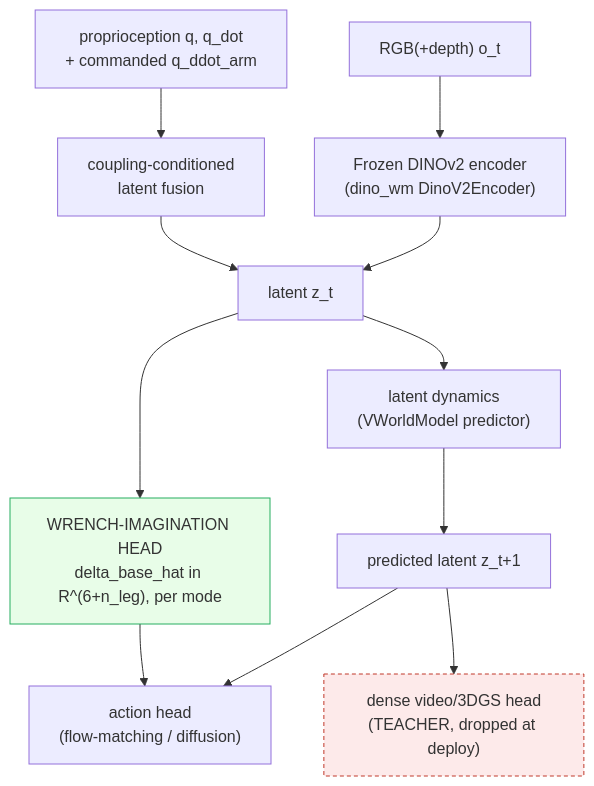
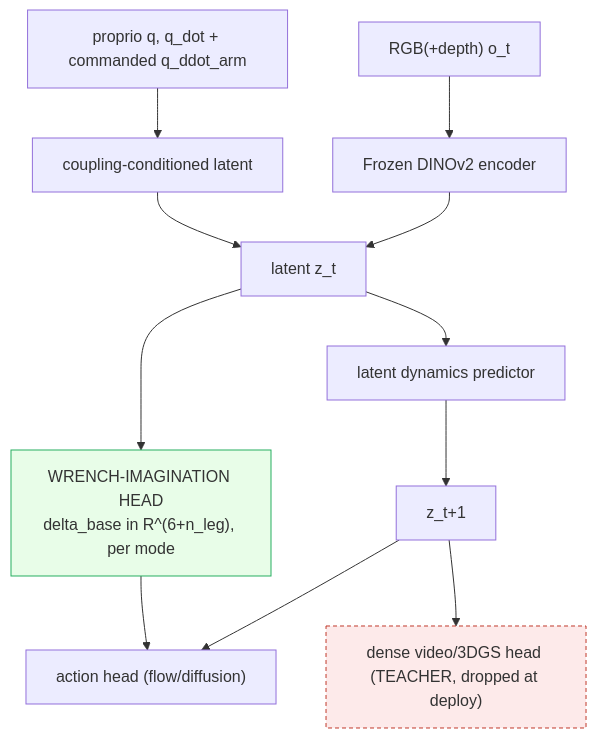
One commit to ChuaHanChong/ResearchBrain changed the diagram in _Projects_/Research-Directions/Focus-Direction-Research-Plan.md. Above: the diagram before and after it, drawn with Mermaid. The commit also changed other lines of this file and 1 other file, not shown here.

````diff
--- a/_Projects_/Research-Directions/Focus-Direction-Research-Plan.md
+++ b/_Projects_/Research-Directions/Focus-Direction-Research-Plan.md
@@ -75,15 +52,14 @@
 ```mermaid
 graph TD
-    O["RGB(+depth) o_t"] --> E["Frozen DINOv2 encoder<br/>(dino_wm DinoV2Encoder)"]
-    P["proprioception q, q_dot<br/>+ commanded q_ddot_arm"] --> C["coupling-conditioned<br/>latent fusion"]
+    O["RGB(+depth) o_t"] --> E["Frozen DINOv2 encoder"]
+    P["proprio q, q_dot + commanded q_ddot_arm"] --> C["coupling-conditioned latent"]
     E --> Z["latent z_t"]
     C --> Z
-    Z --> D["latent dynamics<br/>(VWorldModel predictor)"]
-    D --> Zp["predicted latent z_t+1"]
-    Z --> W["WRENCH-IMAGINATION HEAD<br/>delta_base_hat in R^(6+n_leg), per mode"]
-    Zp --> A["action head<br/>(flow-matching / diffusion)"]
-    Zp --> V["dense video/3DGS head<br/>(TEACHER, dropped at deploy)"]
+    Z --> D["latent dynamics predictor"] --> Zp["z_t+1"]
+    Z --> W["WRENCH-IMAGINATION HEAD<br/>delta_base in R^(6+n_leg), per mode"]
+    Zp --> A["action head (flow/diffusion)"]
+    Zp --> V["dense video/3DGS head (TEACHER, dropped at deploy)"]
     W --> A
     style W fill:#e8fde8,stroke:#27ae60
     style V fill:#fdeaea,stroke:#c0392b,stroke-dasharray: 4 3
 ```
````
